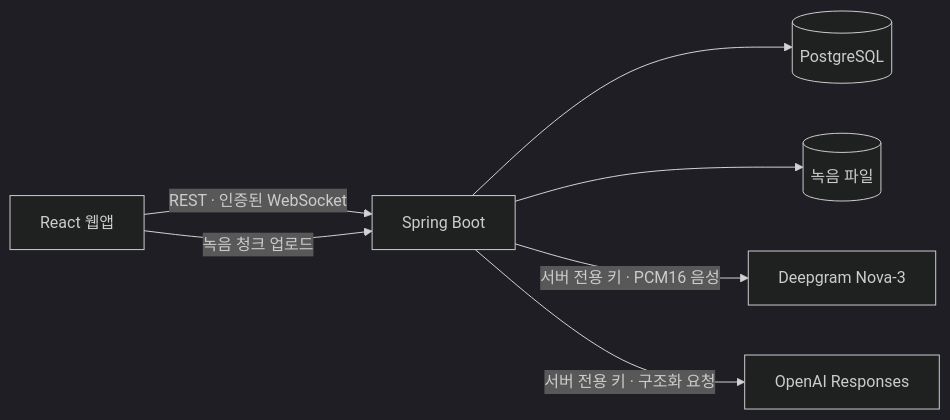
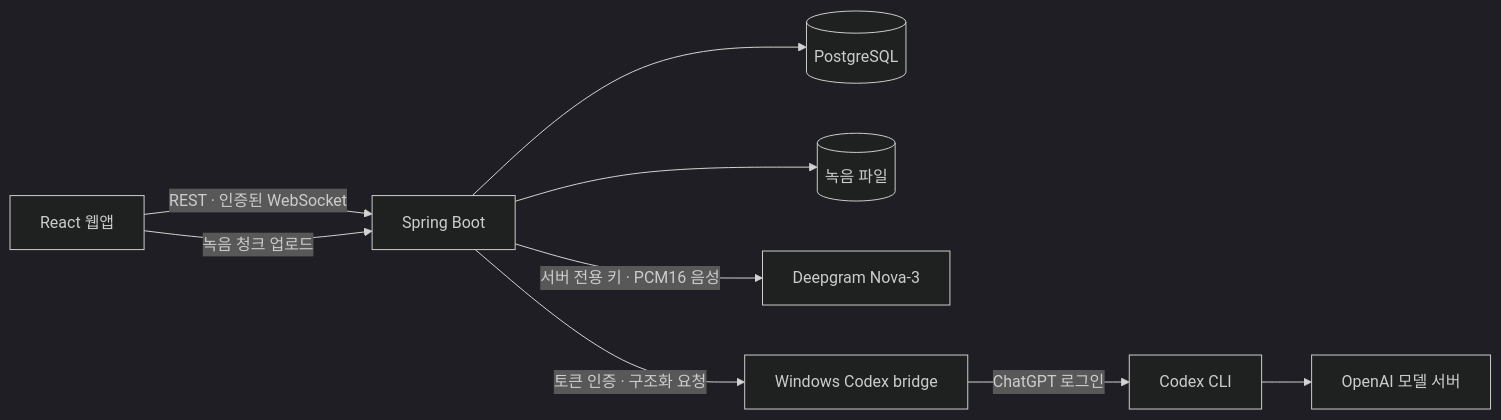
One commit to Iusto/meeting-note changed the diagram in README.md. Above: the diagram before and after it, drawn with Mermaid (dark theme). The commit also changed other lines of this file and 42 other files, not shown here.

````diff
--- a/README.md
+++ b/README.md
@@ -22,9 +22,11 @@
 ```mermaid
 flowchart LR
   Browser[React 웹앱] -->|REST · 인증된 WebSocket| API[Spring Boot]
   Browser -->|녹음 청크 업로드| API
   API --> DB[(PostgreSQL)]
   API --> Audio[(녹음 파일)]
   API -->|서버 전용 키 · PCM16 음성| DG[Deepgram Nova-3]
-  API -->|서버 전용 키 · 구조화 요청| AI[OpenAI Responses]
+  API -->|토큰 인증 · 구조화 요청| Bridge[Windows Codex bridge]
+  Bridge -->|ChatGPT 로그인| CLI[Codex CLI]
+  CLI --> AI[OpenAI 모델 서버]
 ```
````
